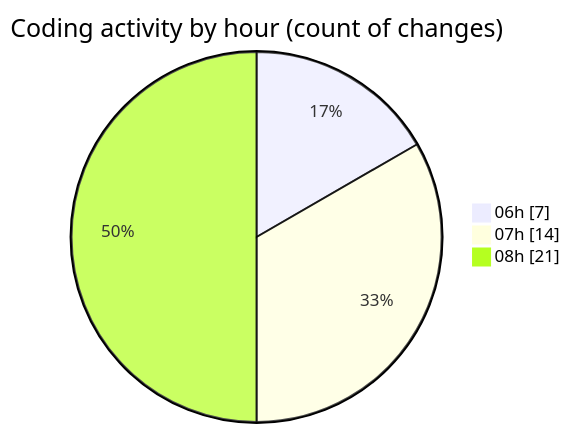
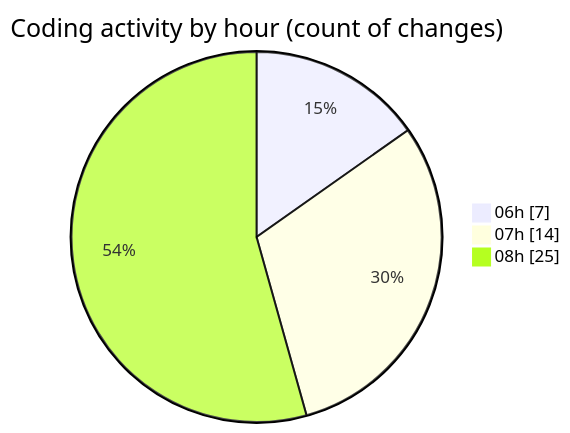
One commit to vahidmafi/code-tracking changed the second of 2 diagrams in 2025-04-18/zeytoon/README.md. Above: the diagram before and after it, drawn with Mermaid. The commit also changed other lines of this file and 1 other file, not shown here.

````diff
--- a/2025-04-18/zeytoon/README.md
+++ b/2025-04-18/zeytoon/README.md
@@ -36,7 +36,7 @@
 ```mermaid
 pie showData
 title Coding activity by hour (count of changes)
 "06h" : 7
 "07h" : 14
-"08h" : 21
+"08h" : 25
 ```
````
